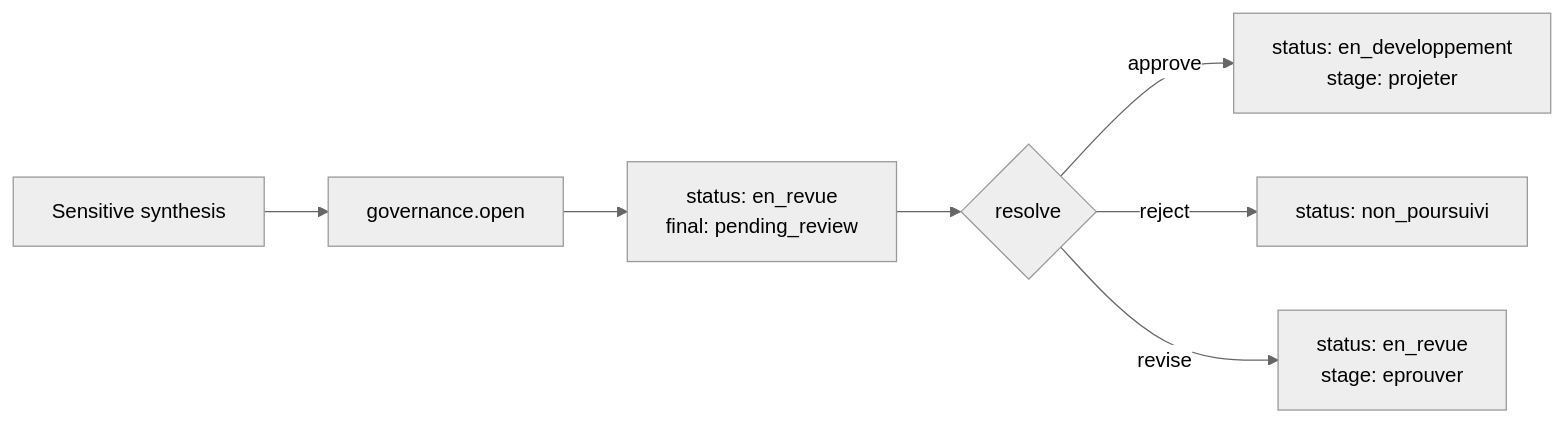
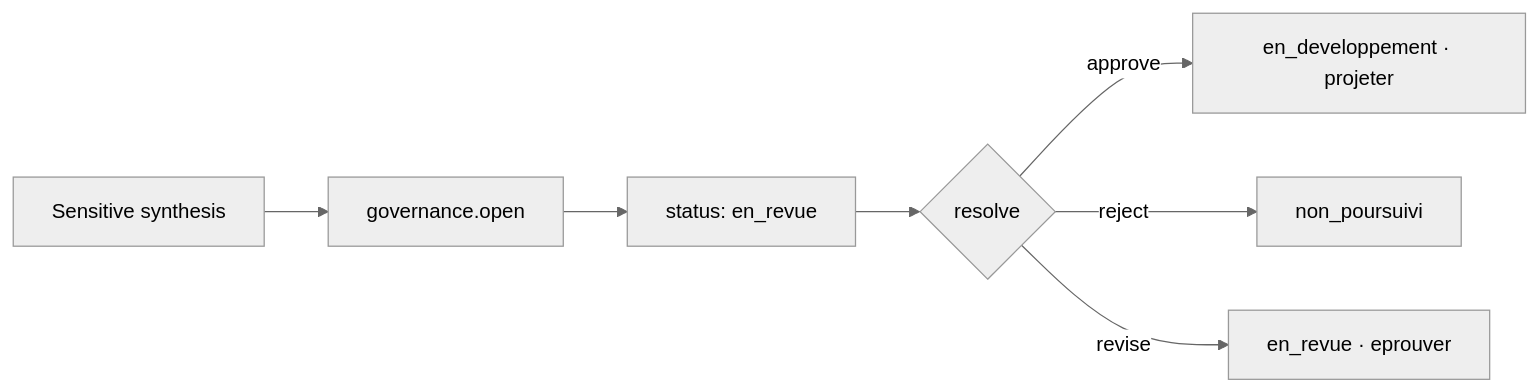
Before and after one commit to Geoking2104/KayrosLab: the fourth of 4 diagrams in README.md, drawn with Mermaid (neutral theme). The commit also changed other lines of this file, not shown here.

````diff
--- a/README.md
+++ b/README.md
@@ -209,12 +251,9 @@
 ```mermaid
 flowchart LR
   SENS[Sensitive synthesis] --> OPEN[governance.open]
-  OPEN --> PEND[status: en_revue
-  final: pending_review]
+  OPEN --> PEND[status: en_revue]
   PEND --> RES{resolve}
-  RES -->|approve| GO[status: en_developpement
-  stage: projeter]
-  RES -->|reject| NG[status: non_poursuivi]
-  RES -->|revise| REV[status: en_revue
-  stage: eprouver]
+  RES -->|approve| GO[en_developpement · projeter]
+  RES -->|reject| NG[non_poursuivi]
+  RES -->|revise| REV[en_revue · eprouver]
 ```
````
